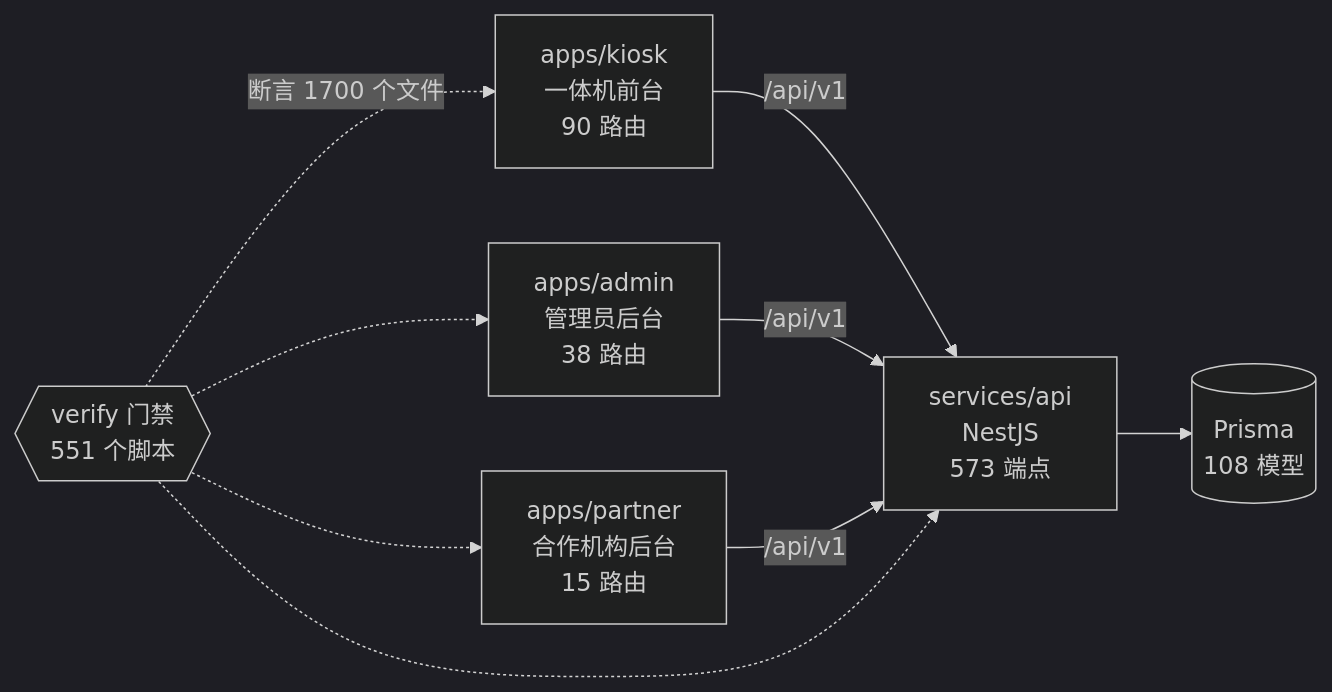
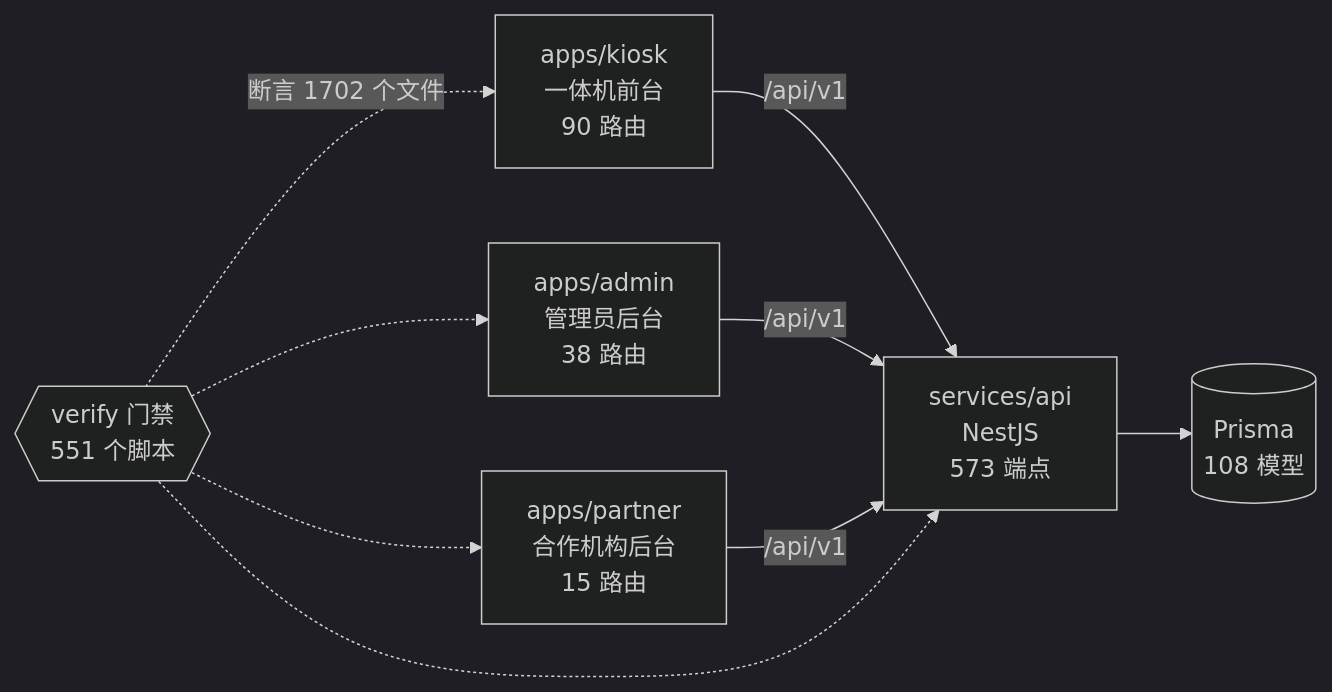
One commit to wanglei581/YITIJI changed the diagram in docs/graph/README.md. Above: the diagram before and after it, drawn with Mermaid (dark theme). The commit also changed other lines of this file and 4 other files, not shown here.

First line of the commit message:
docs(progress): 记下 W-86 第三轮并重生成图谱

````diff
--- a/docs/graph/README.md
+++ b/docs/graph/README.md
@@ -68,18 +68,18 @@
 ```mermaid
 flowchart LR
   kiosk["apps/kiosk<br/>一体机前台<br/>90 路由"]
   admin["apps/admin<br/>管理员后台<br/>38 路由"]
   partner["apps/partner<br/>合作机构后台<br/>15 路由"]
   api["services/api<br/>NestJS<br/>573 端点"]
   db[("Prisma<br/>108 模型")]
   gates{{"verify 门禁<br/>551 个脚本"}}
 
   kiosk -->|"/api/v1"| api
   admin -->|"/api/v1"| api
   partner -->|"/api/v1"| api
   api --> db
-  gates -.->|"断言 1700 个文件"| kiosk
+  gates -.->|"断言 1702 个文件"| kiosk
   gates -.-> admin
   gates -.-> partner
   gates -.-> api
 ```
````
